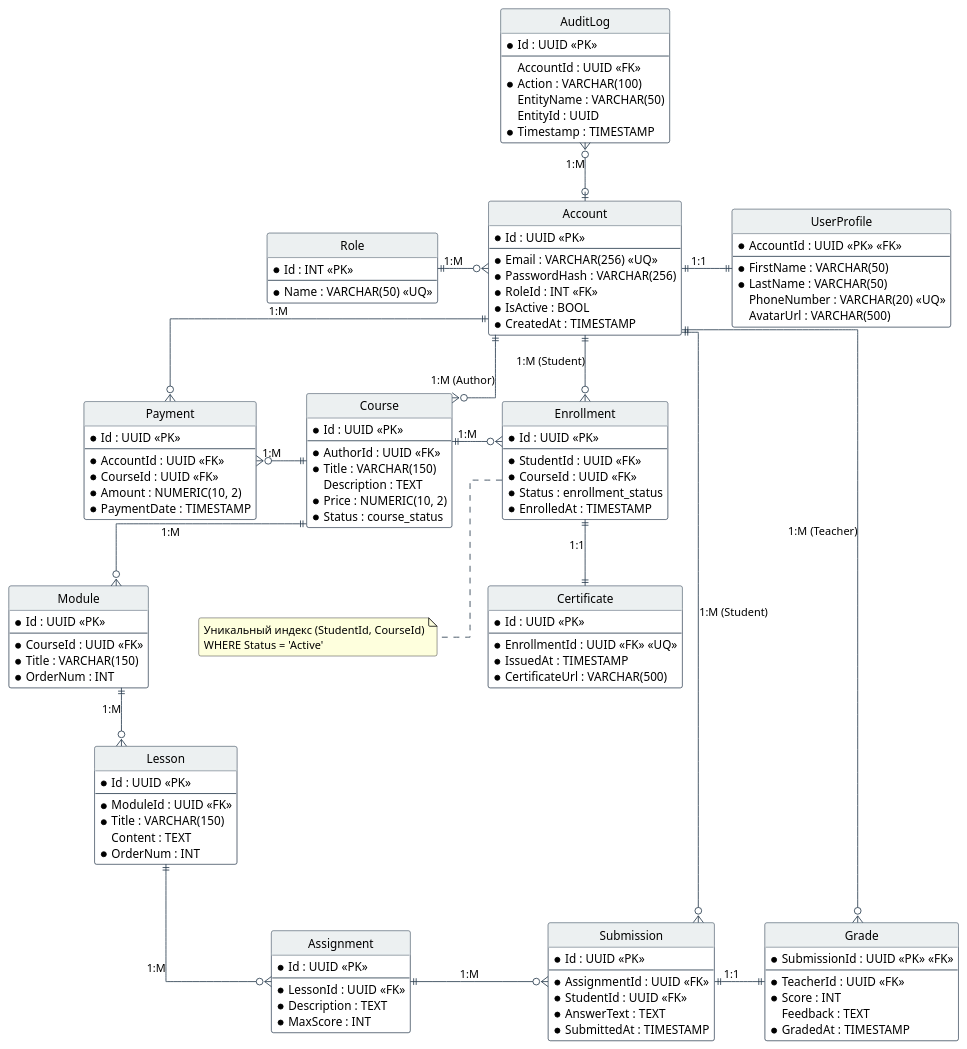
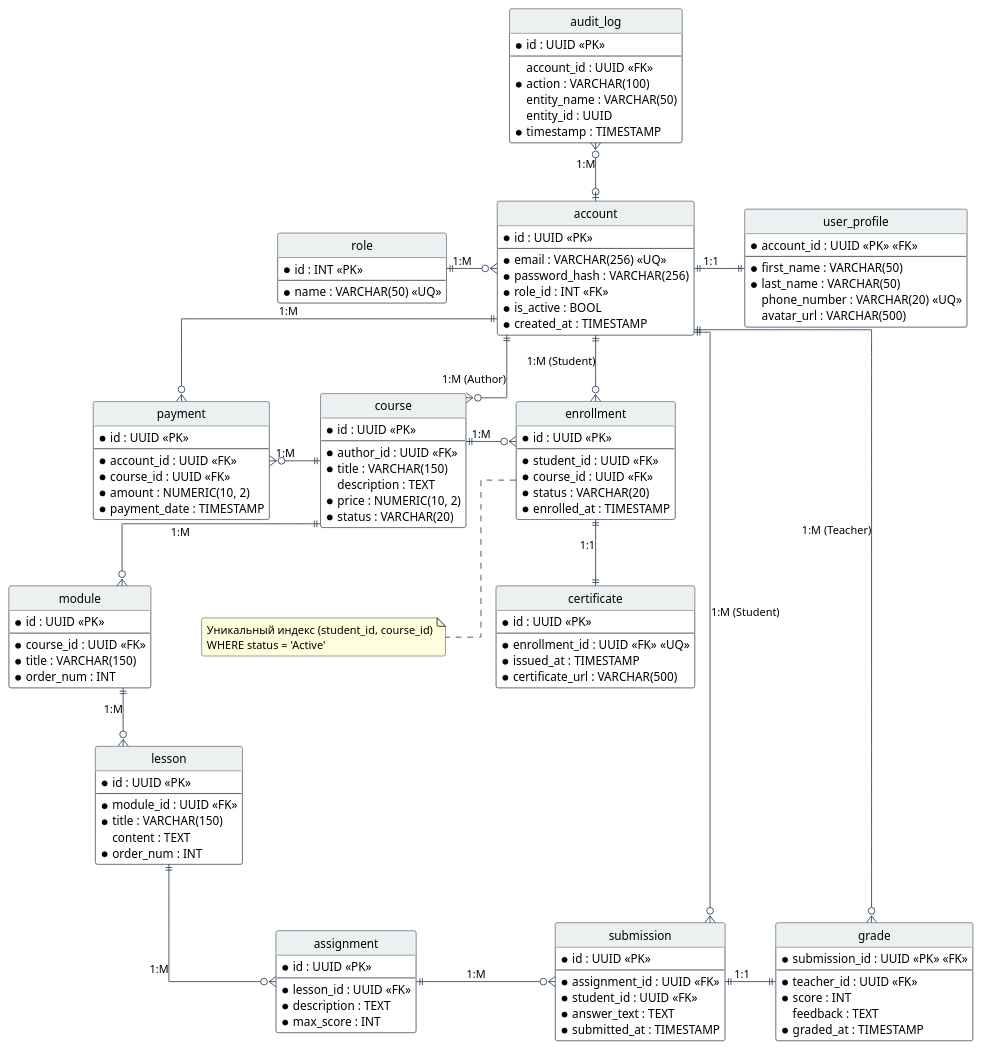
One commit to Artem441/DM-DBMS-BSUIR changed the diagram in lr1/diagram.puml. Above: the diagram before and after it, drawn with PlantUML. The commit also changed 1 other file, not shown here.

Commit message:
replace enum with varchar for more flexabylity and rename atributes to snake_case for PostgreSQL style

```diff
--- a/lr1/diagram.puml
+++ b/lr1/diagram.puml
@@ -1,165 +1,161 @@
 @startuml LMSDatabase
 
 hide circle
 skinparam linetype ortho
 skinparam roundcorner 5
 skinparam nodesep 60
 skinparam ranksep 70
 skinparam class {
     BackgroundColor White
     ArrowColor #2C3E50
     BorderColor #2C3E50
     HeaderBackgroundColor #ECF0F1
 }
 
-' --- СУЩНОСТИ ---
-
-entity "AuditLog" as AuditLog {
-  * Id : UUID <<PK>>
+entity "audit_log" as audit_log {
+  * id : UUID <<PK>>
   --
-  AccountId : UUID <<FK>>
-  * Action : VARCHAR(100)
-  EntityName : VARCHAR(50)
-  EntityId : UUID
-  * Timestamp : TIMESTAMP
+  account_id : UUID <<FK>>
+  * action : VARCHAR(100)
+  entity_name : VARCHAR(50)
+  entity_id : UUID
+  * timestamp : TIMESTAMP
 }
 
-entity "Role" as Role {
-  * Id : INT <<PK>>
+entity "role" as role {
+  * id : INT <<PK>>
   --
-  * Name : VARCHAR(50) <<UQ>>
+  * name : VARCHAR(50) <<UQ>>
 }
 
-entity "Account" as Account {
-  * Id : UUID <<PK>>
+entity "account" as account {
+  * id : UUID <<PK>>
   --
-  * Email : VARCHAR(256) <<UQ>>
-  * PasswordHash : VARCHAR(256)
-  * RoleId : INT <<FK>>
-  * IsActive : BOOL
-  * CreatedAt : TIMESTAMP
+  * email : VARCHAR(256) <<UQ>>
+  * password_hash : VARCHAR(256)
+  * role_id : INT <<FK>>
+  * is_active : BOOL
+  * created_at : TIMESTAMP
 }
 
-entity "UserProfile" as UserProfile {
-  * AccountId : UUID <<PK>> <<FK>>
+entity "user_profile" as user_profile {
+  * account_id : UUID <<PK>> <<FK>>
   --
-  * FirstName : VARCHAR(50)
-  * LastName : VARCHAR(50)
-  PhoneNumber : VARCHAR(20) <<UQ>>
-  AvatarUrl : VARCHAR(500)
+  * first_name : VARCHAR(50)
+  * last_name : VARCHAR(50)
+  phone_number : VARCHAR(20) <<UQ>>
+  avatar_url : VARCHAR(500)
 }
 
-entity "Payment" as Payment {
-  * Id : UUID <<PK>>
+entity "payment" as payment {
+  * id : UUID <<PK>>
   --
-  * AccountId : UUID <<FK>>
-  * CourseId : UUID <<FK>>
-  * Amount : NUMERIC(10, 2)
-  * PaymentDate : TIMESTAMP
+  * account_id : UUID <<FK>>
+  * course_id : UUID <<FK>>
+  * amount : NUMERIC(10, 2)
+  * payment_date : TIMESTAMP
 }
 
-entity "Course" as Course {
-  * Id : UUID <<PK>>
+entity "course" as course {
+  * id : UUID <<PK>>
   --
-  * AuthorId : UUID <<FK>>
-  * Title : VARCHAR(150)
-  Description : TEXT
-  * Price : NUMERIC(10, 2)
-  * Status : course_status
+  * author_id : UUID <<FK>>
+  * title : VARCHAR(150)
+  description : TEXT
+  * price : NUMERIC(10, 2)
+  * status : VARCHAR(20)
 }
 
-entity "Enrollment" as Enrollment {
-  * Id : UUID <<PK>>
+entity "enrollment" as enrollment {
+  * id : UUID <<PK>>
   --
-  * StudentId : UUID <<FK>>
-  * CourseId : UUID <<FK>>
-  * Status : enrollment_status
-  * EnrolledAt : TIMESTAMP
+  * student_id : UUID <<FK>>
+  * course_id : UUID <<FK>>
+  * status : VARCHAR(20)
+  * enrolled_at : TIMESTAMP
 }
-note bottom of Enrollment
-  Уникальный индекс (StudentId, CourseId)
-  WHERE Status = 'Active'
+note bottom of enrollment
+  Уникальный индекс (student_id, course_id)
+  WHERE status = 'Active'
 end note
 
-entity "Certificate" as Certificate {
-  * Id : UUID <<PK>>
+entity "certificate" as certificate {
+  * id : UUID <<PK>>
   --
-  * EnrollmentId : UUID <<FK>> <<UQ>>
-  * IssuedAt : TIMESTAMP
-  * CertificateUrl : VARCHAR(500)
+  * enrollment_id : UUID <<FK>> <<UQ>>
+  * issued_at : TIMESTAMP
+  * certificate_url : VARCHAR(500)
 }
 
-entity "Module" as Module {
-  * Id : UUID <<PK>>
+entity "module" as module {
+  * id : UUID <<PK>>
   --
-  * CourseId : UUID <<FK>>
-  * Title : VARCHAR(150)
-  * OrderNum : INT
+  * course_id : UUID <<FK>>
+  * title : VARCHAR(150)
+  * order_num : INT
 }
 
-entity "Lesson" as Lesson {
-  * Id : UUID <<PK>>
+entity "lesson" as lesson {
+  * id : UUID <<PK>>
   --
-  * ModuleId : UUID <<FK>>
-  * Title : VARCHAR(150)
-  Content : TEXT
-  * OrderNum : INT
+  * module_id : UUID <<FK>>
+  * title : VARCHAR(150)
+  content : TEXT
+  * order_num : INT
 }
 
-entity "Assignment" as Assignment {
-  * Id : UUID <<PK>>
+entity "assignment" as assignment {
+  * id : UUID <<PK>>
   --
-  * LessonId : UUID <<FK>>
-  * Description : TEXT
-  * MaxScore : INT
+  * lesson_id : UUID <<FK>>
+  * description : TEXT
+  * max_score : INT
 }
 
-entity "Submission" as Submission {
-  * Id : UUID <<PK>>
+entity "submission" as submission {
+  * id : UUID <<PK>>
   --
-  * AssignmentId : UUID <<FK>>
-  * StudentId : UUID <<FK>>
-  * AnswerText : TEXT
-  * SubmittedAt : TIMESTAMP
+  * assignment_id : UUID <<FK>>
+  * student_id : UUID <<FK>>
+  * answer_text : TEXT
+  * submitted_at : TIMESTAMP
 }
 
-entity "Grade" as Grade {
-  * SubmissionId : UUID <<PK>> <<FK>>
+entity "grade" as grade {
+  * submission_id : UUID <<PK>> <<FK>>
   --
-  * TeacherId : UUID <<FK>>
-  * Score : INT
-  Feedback : TEXT
-  * GradedAt : TIMESTAMP
+  * teacher_id : UUID <<FK>>
+  * score : INT
+  feedback : TEXT
+  * graded_at : TIMESTAMP
 }
 
 ' --- НАСТРОЙКА РАСПОЛОЖЕНИЯ СВЯЗЕЙ (LAYOUT) ---
-' Использование направленных стрелок (-down-, -right-, -left-, -up-) 
-' выстраивает таблицы в ровную сетку, устраняя хаос и перекрещивающиеся линии.
 
 ' Блок 1: Системные данные и профиль (Верхний уровень)
-AuditLog }o-down-o| Account : "1:M"
-Role ||-right-o{ Account : "1:M"
-Account ||-right-|| UserProfile : "1:1"
+audit_log }o-down-o| account : "1:M"
+role ||-right-o{ account : "1:M"
+account ||-right-|| user_profile : "1:1"
 
 ' Блок 2: Главные узлы (Курс по центру, платежи слева, зачисления справа)
-Account ||-down-o{ Course : "1:M (Author)"
-Payment }o-up-|| Account : "1:M"
-Payment }o-right-|| Course : "1:M"
-Enrollment }o-up-|| Account : "1:M (Student)"
-Course ||-right-o{ Enrollment : "1:M"
+account ||-down-o{ course : "1:M (Author)"
+payment }o-up-|| account : "1:M"
+payment }o-right-|| course : "1:M"
+enrollment }o-up-|| account : "1:M (Student)"
+course ||-right-o{ enrollment : "1:M"
 
 ' Блок 3: Второстепенные документы от зачисления
-Enrollment ||-down-|| Certificate : "1:1"
+enrollment ||-down-|| certificate : "1:1"
 
 ' Блок 4: Иерархия контента (Строго вниз)
-Course ||-down-o{ Module : "1:M"
-Module ||-down-o{ Lesson : "1:M"
-Lesson ||-down-o{ Assignment : "1:M"
+course ||-down-o{ module : "1:M"
+module ||-down-o{ lesson : "1:M"
+lesson ||-down-o{ assignment : "1:M"
 
 ' Блок 5: Практика (Задания уходят вправо к решениям и оценкам)
-Assignment ||-right-o{ Submission : "1:M"
-Submission }o-up-|| Account : "1:M (Student)"
-Submission ||-right-|| Grade : "1:1"
-Grade }o-up-|| Account : "1:M (Teacher)"
+assignment ||-right-o{ submission : "1:M"
+submission }o-up-|| account : "1:M (Student)"
+submission ||-right-|| grade : "1:1"
+grade }o-up-|| account : "1:M (Teacher)"
 
 @enduml
```
